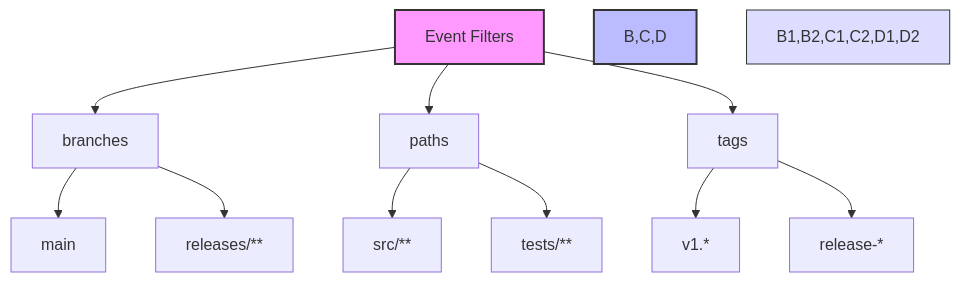
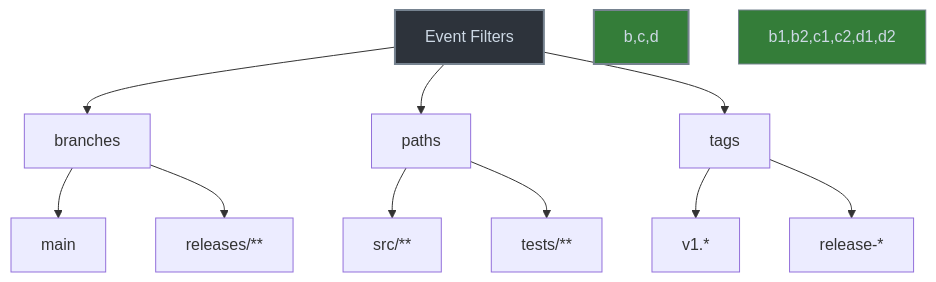
Before and after one commit to haruka-aibara/haruka-aibara: the diagram in docs/GitHub Actions/02_workflows_and_events/02-04_event_filters.md, drawn with Mermaid. The commit also changed 4 other files, not shown here.

````diff
--- a/docs/GitHub Actions/02_workflows_and_events/02-04_event_filters.md
+++ b/docs/GitHub Actions/02_workflows_and_events/02-04_event_filters.md
@@ -3,19 +3,19 @@
 ```mermaid
 graph TD
-    A[Event Filters] --> B[branches]
-    A --> C[paths]
-    A --> D[tags]
+    a[Event Filters] --> b[branches]
+    a --> c[paths]
+    a --> d[tags]
     
-    B --> B1[main]
-    B --> B2[releases/**]
+    b --> b1[main]
+    b --> b2[releases/**]
     
-    C --> C1[src/**]
-    C --> C2[tests/**]
+    c --> c1[src/**]
+    c --> c2[tests/**]
     
-    D --> D1[v1.*]
-    D --> D2[release-*]
+    d --> d1[v1.*]
+    d --> d2[release-*]
     
-    style A fill:#f9f,stroke:#333,stroke-width:2px
-    style B,C,D fill:#bbf,stroke:#333,stroke-width:2px
-    style B1,B2,C1,C2,D1,D2 fill:#ddf,stroke:#333,stroke-width:1px
+    style a fill:#2d333b,stroke:#768390,stroke-width:2px,color:#cdd9e5
+    style b,c,d fill:#347d39,stroke:#768390,stroke-width:2px,color:#cdd9e5
+    style b1,b2,c1,c2,d1,d2 fill:#347d39,stroke:#768390,stroke-width:1px,color:#cdd9e5
 ```
````
